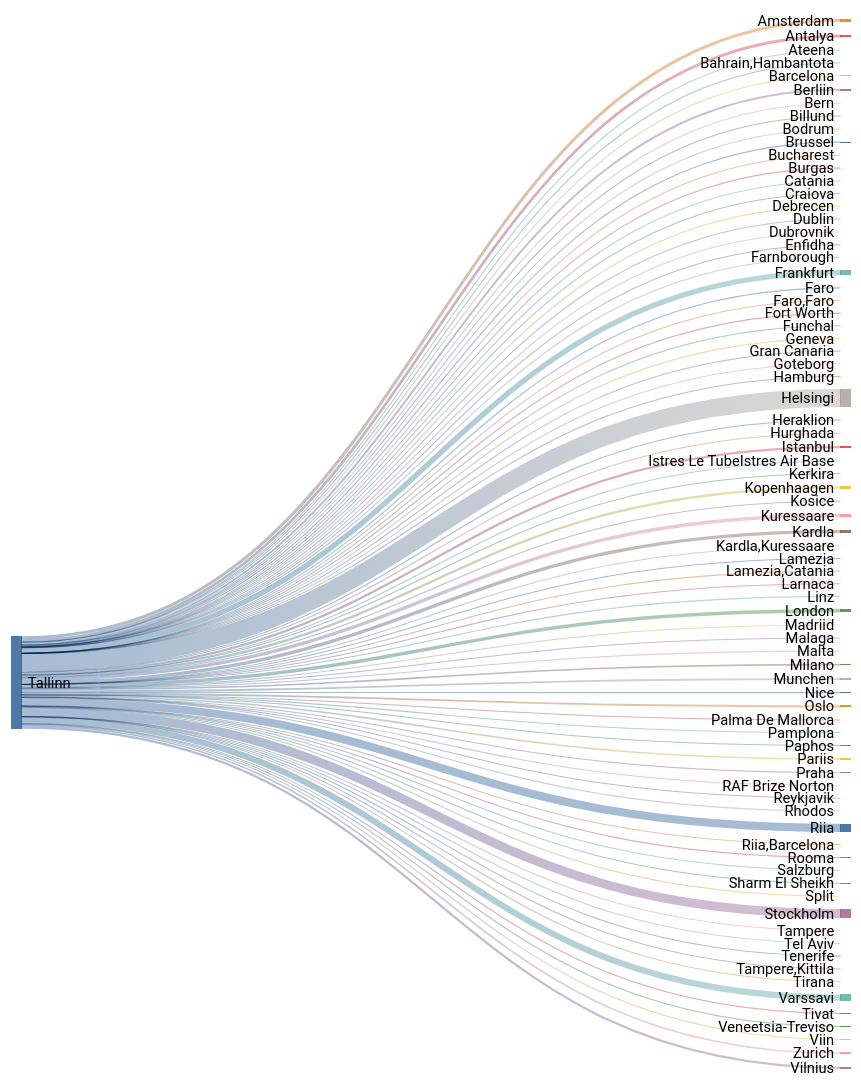
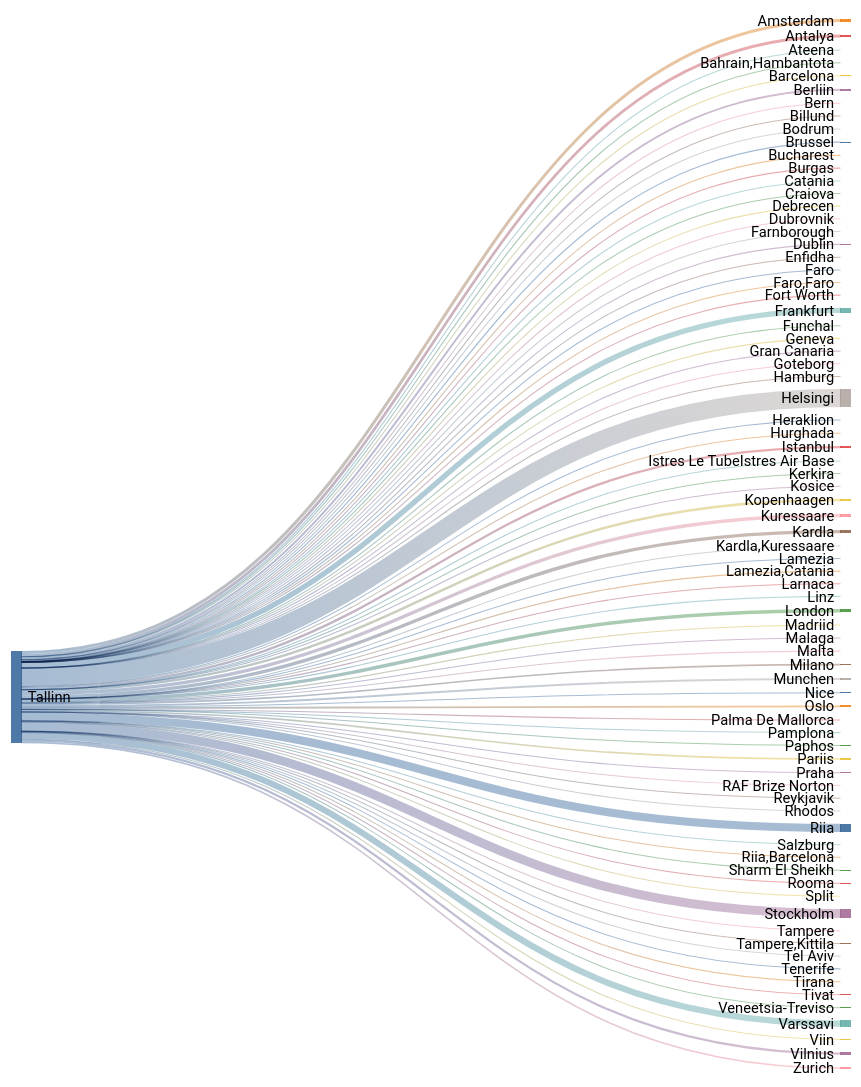
Before and after one commit to rainermesi/tll-airport-departures: the second of 2 diagrams in README.md, drawn with Mermaid (neutral theme). The commit also changed other lines of this file and 1 other file, not shown here.

````diff
--- a/README.md
+++ b/README.md
@@ -41,16 +41,16 @@
 ---
 sankey-beta
 %% source,target,value
-Tallinn,Amsterdam,547
-Tallinn,Antalya,498
+Tallinn,Amsterdam,549
+Tallinn,Antalya,500
 Tallinn,Ateena,16
 Tallinn,"Bahrain,Hambantota",1
 Tallinn,Barcelona,153
-Tallinn,Berliin,342
+Tallinn,Berliin,344
 Tallinn,Bern,1
 Tallinn,Billund,86
 Tallinn,Bodrum,12
-Tallinn,Brussel,210
+Tallinn,Brussel,211
 Tallinn,Bucharest,1
 Tallinn,Burgas,67
 Tallinn,Catania,2
@@ -58,66 +58,66 @@
 Tallinn,Debrecen,1
 Tallinn,Dublin,104
 Tallinn,Dubrovnik,21
-Tallinn,Enfidha,12
+Tallinn,Enfidha,13
 Tallinn,Farnborough,1
 Tallinn,Faro,4
 Tallinn,"Faro,Faro",1
 Tallinn,Fort Worth,1
-Tallinn,Frankfurt,969
+Tallinn,Frankfurt,972
 Tallinn,Funchal,6
 Tallinn,Geneva,13
 Tallinn,Gran Canaria,38
 Tallinn,Goteborg,2
 Tallinn,Hamburg,2
-Tallinn,Helsingi,3253
+Tallinn,Helsingi,3262
 Tallinn,Heraklion,121
 Tallinn,Hurghada,75
-Tallinn,Istanbul,422
+Tallinn,Istanbul,423
 Tallinn,Istres Le TubeIstres Air Base,2
 Tallinn,Kerkira,4
-Tallinn,Kopenhaagen,448
+Tallinn,Kopenhaagen,451
 Tallinn,Kosice,1
-Tallinn,Kuressaare,616
-Tallinn,Kardla,618
+Tallinn,Kuressaare,618
+Tallinn,Kardla,620
 Tallinn,"Kardla,Kuressaare",1
 Tallinn,Lamezia,3
 Tallinn,"Lamezia,Catania",3
-Tallinn,Larnaca,5
+Tallinn,Larnaca,6
 Tallinn,Linz,2
-Tallinn,London,629
+Tallinn,London,631
 Tallinn,Madriid,4
 Tallinn,Malaga,133
 Tallinn,Malta,33
 Tallinn,Milano,281
-Tallinn,Munchen,342
+Tallinn,Munchen,344
 Tallinn,Nice,61
-Tallinn,Oslo,327
+Tallinn,Oslo,328
 Tallinn,Palma De Mallorca,37
 Tallinn,Pamplona,1
 Tallinn,Paphos,66
-Tallinn,Pariis,289
-Tallinn,Praha,95
+Tallinn,Pariis,291
+Tallinn,Praha,96
 Tallinn,RAF Brize Norton,1
 Tallinn,Reykjavik,20
-Tallinn,Rhodos,68
-Tallinn,Riia,1472
+Tallinn,Rhodos,69
+Tallinn,Riia,1476
 Tallinn,"Riia,Barcelona",1
 Tallinn,Rooma,80
 Tallinn,Salzburg,14
 Tallinn,Sharm El Sheikh,111
-Tallinn,Split,61
-Tallinn,Stockholm,1621
+Tallinn,Split,62
+Tallinn,Stockholm,1626
 Tallinn,Tampere,17
 Tallinn,"Tampere,Kittila",21
 Tallinn,Tel Aviv,2
 Tallinn,Tenerife,58
 Tallinn,Tirana,41
 Tallinn,Tivat,77
-Tallinn,Varssavi,1125
+Tallinn,Varssavi,1129
 Tallinn,Veneetsia-Treviso,67
 Tallinn,Viin,106
-Tallinn,Vilnius,411
-Tallinn,Zurich,291
+Tallinn,Vilnius,412
+Tallinn,Zurich,292
 
 
 ```
````
